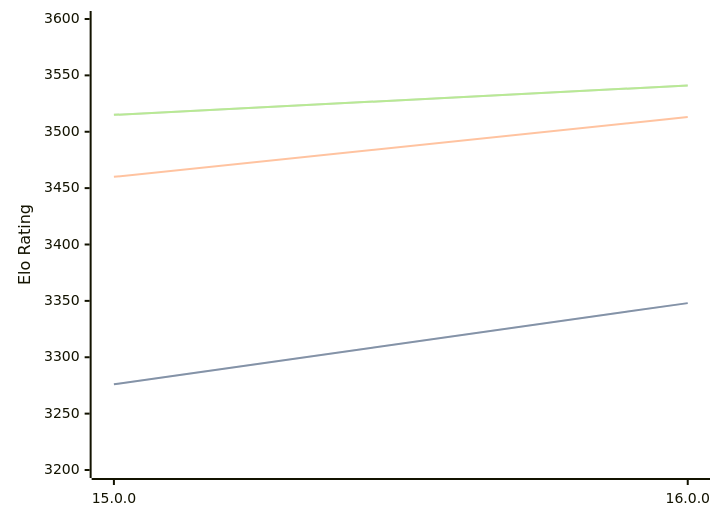
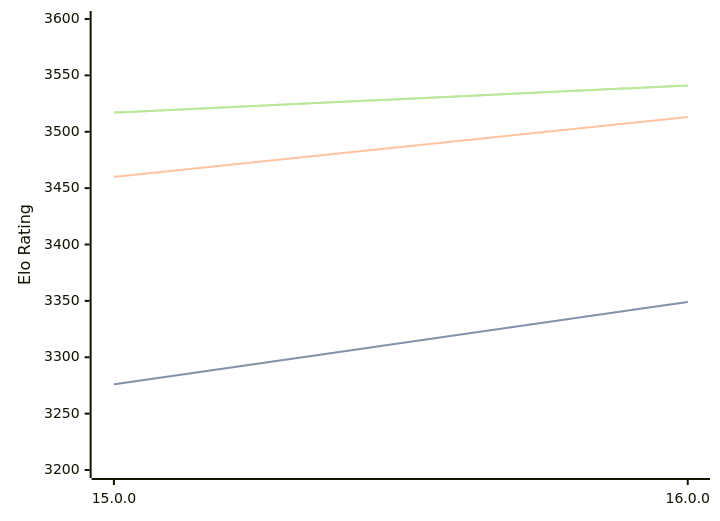
Before and after one commit to computer-chess-index/cci: the first of 3 diagrams in engines/Halogen.md, drawn with Mermaid. The commit also changed other lines of this file, not shown here.

Commit message:
Update CCI Ratings (ELO VLTC) - 2026-07-13

````diff
--- a/engines/Halogen.md
+++ b/engines/Halogen.md
@@ -50,11 +50,11 @@
 ```mermaid
 %%{init: {"theme":"base","themeVariables":{"seriesColors:['#a3a3a3','#222221','#faa371']}}}%%
 xychart-beta
   x-axis ["15.0.0", "16.0.0"]
   y-axis "Elo Rating" 3200 --> 3600
-  line "STC (8.0+0.08s)" [3276, 3348]
-  line "STC (8.0+0.08s)" [3276, 3348]
+  line "STC (8.0+0.08s)" [3276, 3349]
+  line "STC (8.0+0.08s)" [3276, 3349]
   line "LTC (60.0+0.60s)" [3460, 3513]
-  line "VLTC (2m24s+1.12s)" [3515, 3541]
-  line "VLTC (2m24s+1.12s)" [3515, 3541]
+  line "VLTC (2m24s+1.12s)" [3517, 3541]
+  line "VLTC (2m24s+1.12s)" [3517, 3541]
 ```
````
